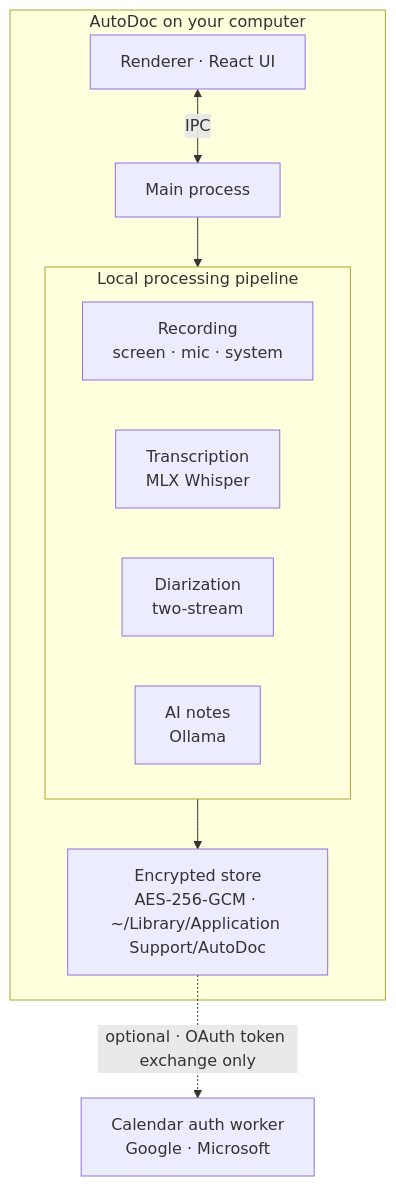
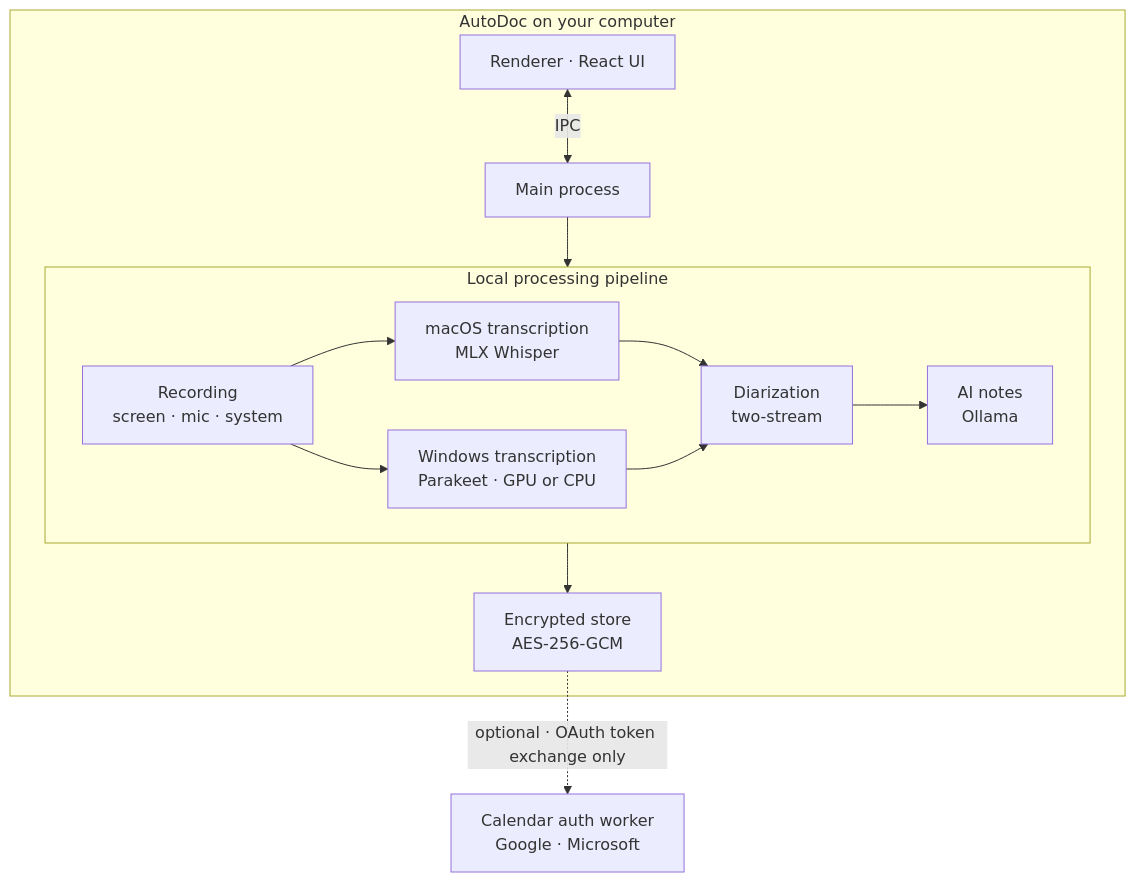
The diagram in README.md (DuetDisplay/AutoDoc), drawn with Mermaid before and after one commit. The commit also changed other lines of this file and 10 other files, not shown here.

Commit message:
Document Windows support and Parakeet transcription

````diff
--- a/README.md
+++ b/README.md
@@ -165,19 +196,25 @@
 ```mermaid
 flowchart TB
-  subgraph mac["AutoDoc on your computer"]
+  subgraph app["AutoDoc on your computer"]
     UI["Renderer · React UI"] <-->|IPC| Main["Main process"]
 
     subgraph pipeline["Local processing pipeline"]
       direction LR
       Rec["Recording<br/>screen · mic · system"]
-      Trans["Transcription<br/>MLX Whisper"]
+      MacTrans["macOS transcription<br/>MLX Whisper"]
+      WinTrans["Windows transcription<br/>Parakeet · GPU or CPU"]
       Diar["Diarization<br/>two-stream"]
       Notes["AI notes<br/>Ollama"]
     end
 
-    Main --> pipeline
-    pipeline --> Store["Encrypted store<br/>AES-256-GCM · ~/Library/Application Support/AutoDoc"]
+    Main --> Rec
+    Rec --> MacTrans
+    Rec --> WinTrans
+    MacTrans --> Diar
+    WinTrans --> Diar
+    Diar --> Notes
+    Notes --> Store["Encrypted store<br/>AES-256-GCM"]
   end
 
   Store -.->|"optional · OAuth token exchange only"| Auth["Calendar auth worker<br/>Google · Microsoft"]
 ```
````
